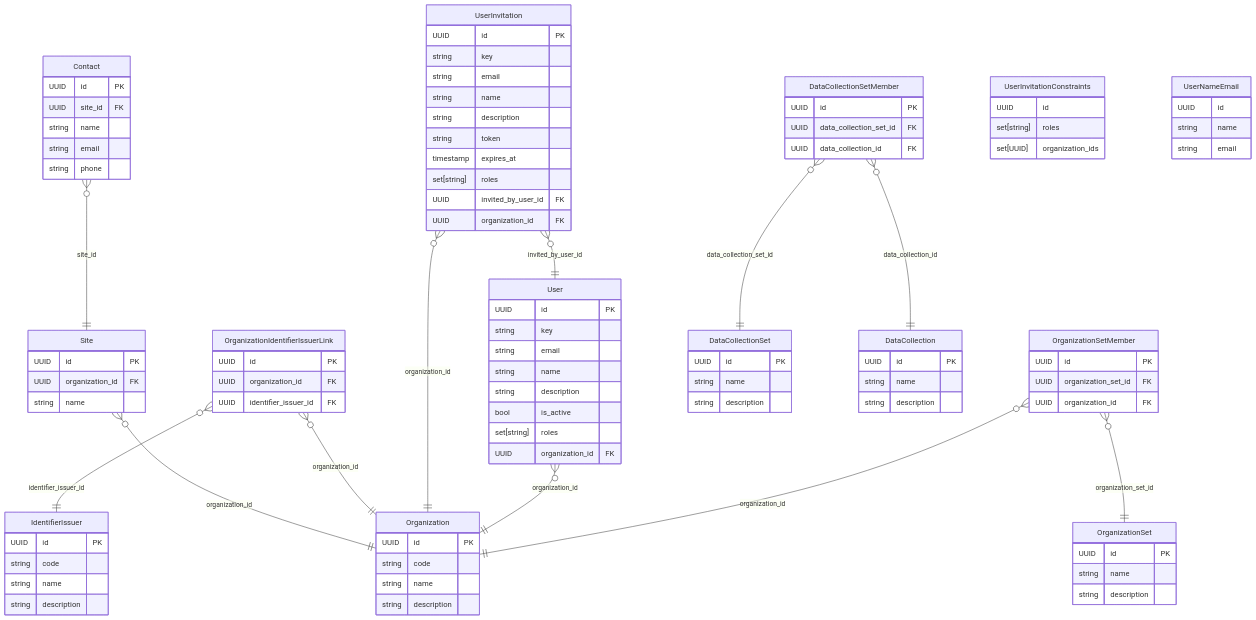
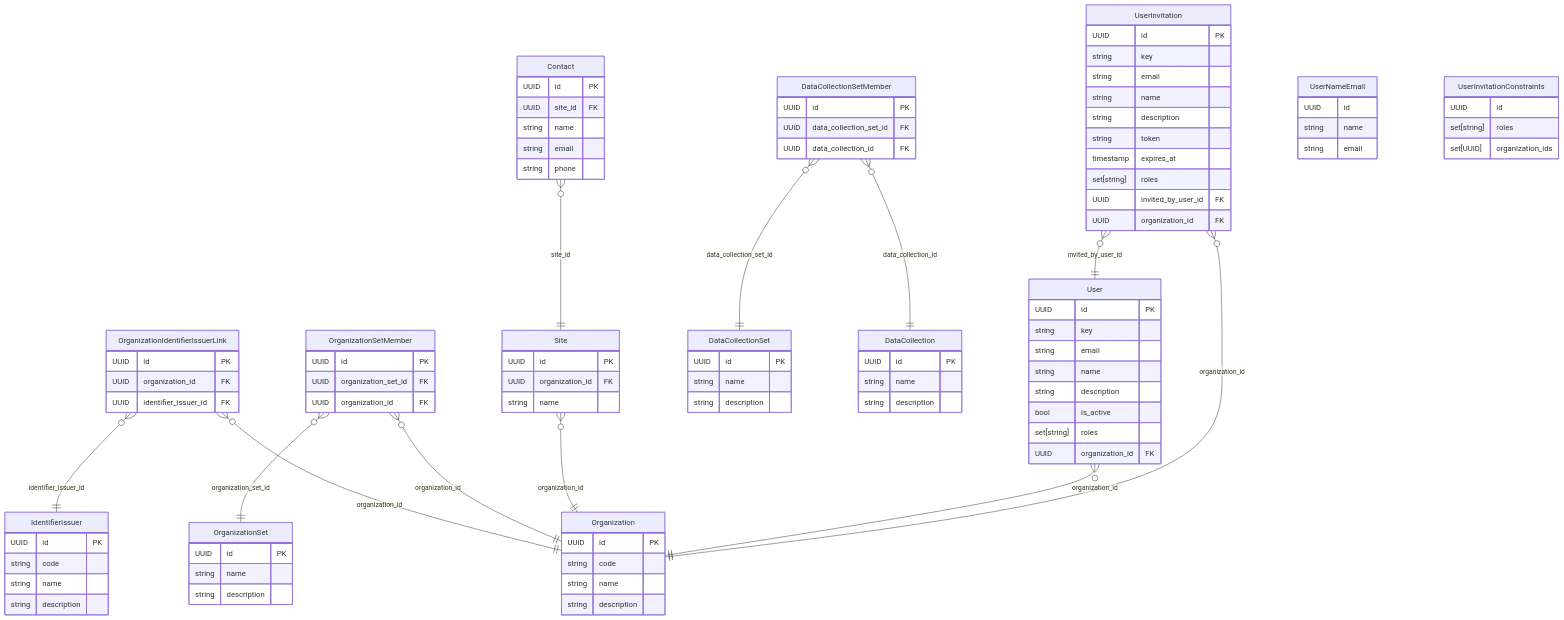
The diagram in docs/erm/commondb.organization.detailed.md (RIVM-bioinformatics/gen-epix-api), drawn with Mermaid before and after one commit. The commit also changed other lines of this file and 47 other files, not shown here.

````diff
--- a/docs/erm/commondb.organization.detailed.md
+++ b/docs/erm/commondb.organization.detailed.md
@@ -7,29 +7,29 @@
     %% commondb / ORGANIZATION (detailed)
 
     %% Relationships
-    Site }o--|| Organization : "organization_id"
-    Contact }o--|| Site : "site_id"
     OrganizationIdentifierIssuerLink }o--|| Organization : "organization_id"
     OrganizationIdentifierIssuerLink }o--|| IdentifierIssuer : "identifier_issuer_id"
+    OrganizationSetMember }o--|| OrganizationSet : "organization_set_id"
+    OrganizationSetMember }o--|| Organization : "organization_id"
+    Contact }o--|| Site : "site_id"
+    Site }o--|| Organization : "organization_id"
+    DataCollectionSetMember }o--|| DataCollectionSet : "data_collection_set_id"
+    DataCollectionSetMember }o--|| DataCollection : "data_collection_id"
+    User }o--|| Organization : "organization_id"
     UserInvitation }o--|| Organization : "organization_id"
     UserInvitation }o--|| User : "invited_by_user_id"
-    User }o--|| Organization : "organization_id"
-    OrganizationSetMember }o--|| OrganizationSet : "organization_set_id"
-    OrganizationSetMember }o--|| Organization : "organization_id"
-    DataCollectionSetMember }o--|| DataCollectionSet : "data_collection_set_id"
-    DataCollectionSetMember }o--|| DataCollection : "data_collection_id"
 
     %% Entity definitions
-    DataCollection {
+    OrganizationIdentifierIssuerLink {
         UUID id PK
-        string name
-        string description
+        UUID organization_id FK
+        UUID identifier_issuer_id FK
     }
 
-    Site {
+    OrganizationSetMember {
         UUID id PK
+        UUID organization_set_id FK
         UUID organization_id FK
-        string name
     }
 
     Contact {
@@ -40,10 +40,59 @@
         string phone
     }
 
-    OrganizationIdentifierIssuerLink {
+    Site {
         UUID id PK
         UUID organization_id FK
-        UUID identifier_issuer_id FK
+        string name
+    }
+
+    DataCollection {
+        UUID id PK
+        string name
+        string description
+    }
+
+    IdentifierIssuer {
+        UUID id PK
+        string code
+        string name
+        string description
+    }
+
+    DataCollectionSetMember {
+        UUID id PK
+        UUID data_collection_set_id FK
+        UUID data_collection_id FK
+    }
+
+    OrganizationSet {
+        UUID id PK
+        string name
+        string description
+    }
+
+    UserNameEmail {
+        UUID id
+        string name
+        string email
+    }
+
+    Organization {
+        UUID id PK
+        string code
+        string name
+        string description
+    }
+
+    User {
+        UUID id PK
+        string key
+        string email
+        string name
+        string description
+        bool is_active
+        set[string] roles
+        UUID organization_id FK
     }
 
     UserInvitationConstraints {
@@ -52,9 +101,8 @@
         set[UUID] organization_ids
     }
 
-    IdentifierIssuer {
+    DataCollectionSet {
         UUID id PK
-        string code
         string name
         string description
     }
@@ -72,52 +120,4 @@
         UUID organization_id FK
     }
 
-    User {
-        UUID id PK
-        string key
-        string email
-        string name
-        string description
-        bool is_active
-        set[string] roles
-        UUID organization_id FK
-    }
-
-    DataCollectionSet {
-        UUID id PK
-        string name
-        string description
-    }
-
-    OrganizationSetMember {
-        UUID id PK
-        UUID organization_set_id FK
-        UUID organization_id FK
-    }
-
-    Organization {
-        UUID id PK
-        string code
-        string name
-        string description
-    }
-
-    OrganizationSet {
-        UUID id PK
-        string name
-        string description
-    }
-
-    DataCollectionSetMember {
-        UUID id PK
-        UUID data_collection_set_id FK
-        UUID data_collection_id FK
-    }
-
-    UserNameEmail {
-        UUID id
-        string name
-        string email
-    }
-
 ```
````
